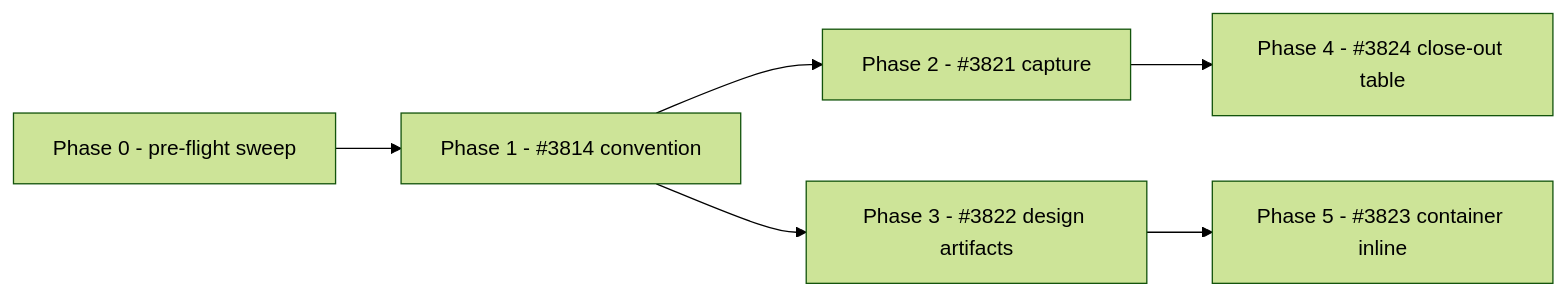
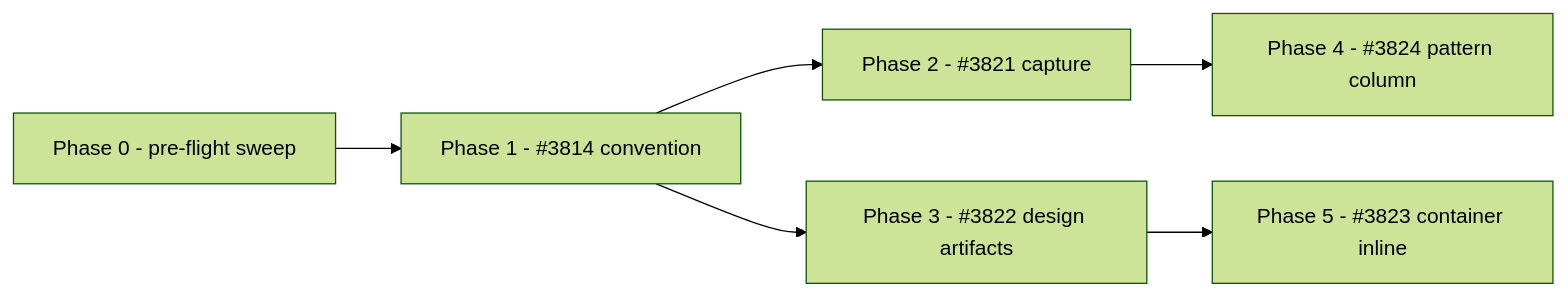
Before and after one commit to melodic-software/claude-code-plugins: the diagram in docs/topics/typed-ticket-body/PLAN.md, drawn with Mermaid (forest theme). The commit also changed other lines of this file, not shown here.

````diff
--- a/docs/topics/typed-ticket-body/PLAN.md
+++ b/docs/topics/typed-ticket-body/PLAN.md
@@ -62,8 +67,8 @@
 ```mermaid
 graph LR
   P0[Phase 0 - pre-flight sweep] --> P1[Phase 1 - #3814 convention]
   P1 --> P2[Phase 2 - #3821 capture]
   P1 --> P3[Phase 3 - #3822 design artifacts]
-  P2 --> P4[Phase 4 - #3824 close-out table]
+  P2 --> P4[Phase 4 - #3824 pattern column]
   P3 --> P5[Phase 5 - #3823 container inline]
 ```
````
